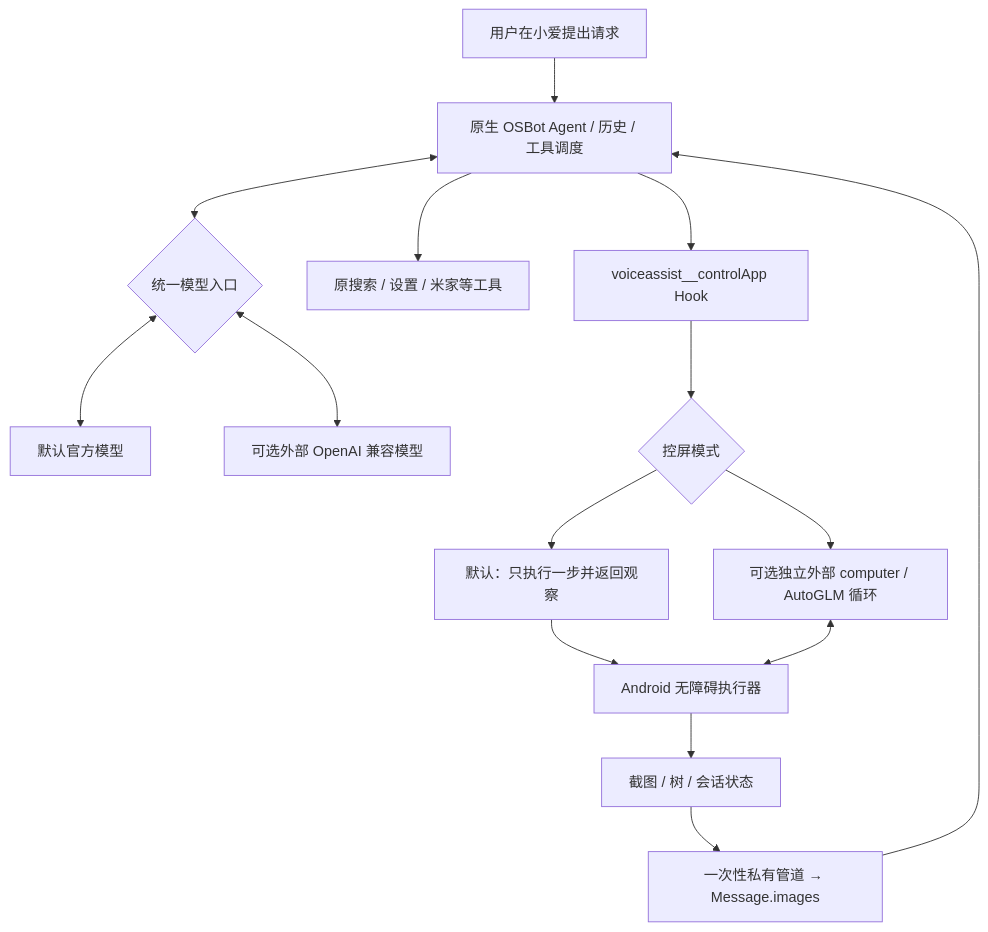
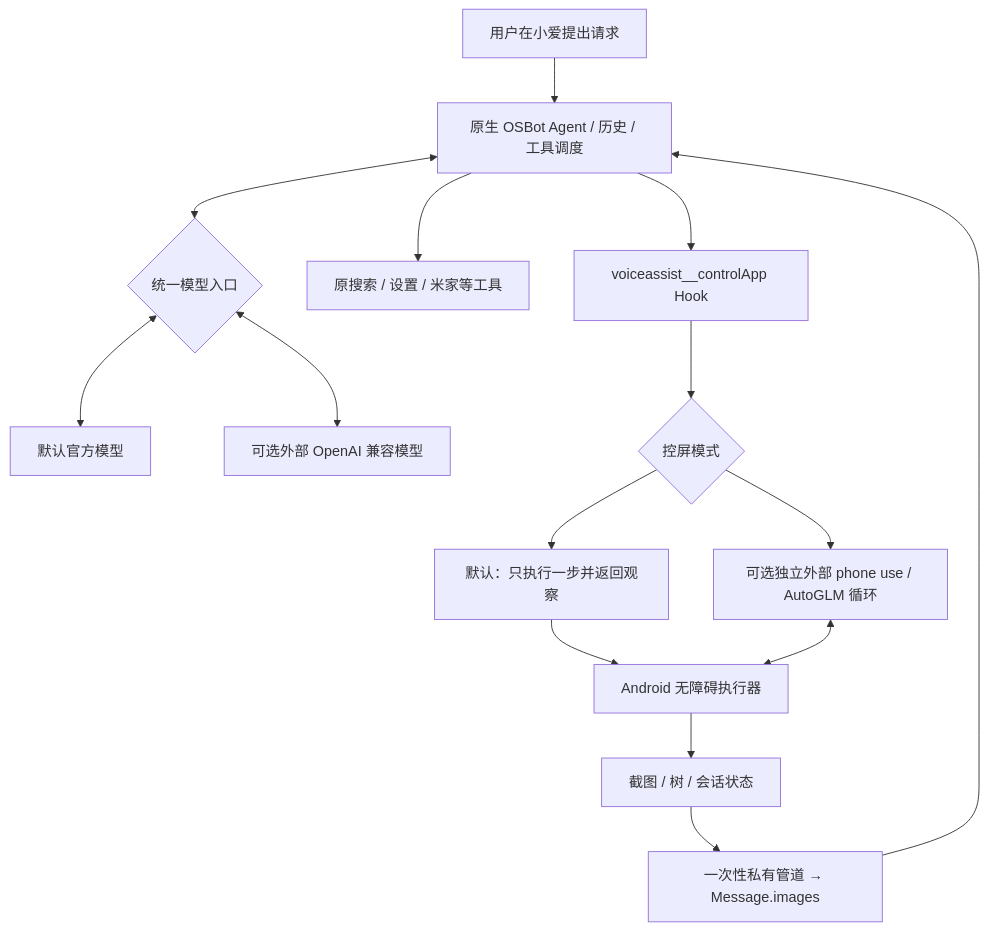
Before and after one commit to astoHu1/MiAIPlus: the diagram in docs/architecture.md, drawn with Mermaid. The commit also changed other lines of this file and 55 other files, not shown here.

````diff
--- a/docs/architecture.md
+++ b/docs/architecture.md
@@ -7,17 +7,17 @@
 ```mermaid
 flowchart TD
   U[用户在小爱提出请求] --> D[原生 OSBot Agent / 历史 / 工具调度]
   D <--> M{统一模型入口}
   M <--> O[默认官方模型]
   M <--> X[可选外部 OpenAI 兼容模型]
   D --> T[原搜索 / 设置 / 米家等工具]
   D --> C[voiceassist__controlApp Hook]
   C --> P{控屏模式}
   P --> N[默认：只执行一步并返回观察]
   N --> E[Android 无障碍执行器]
   E --> F[截图 / 树 / 会话状态]
   F --> I[一次性私有管道 → Message.images]
   I --> D
-  P --> A[可选独立外部 computer / AutoGLM 循环]
+  P --> A[可选独立外部 phone use / AutoGLM 循环]
   A <--> E
 ```
````
